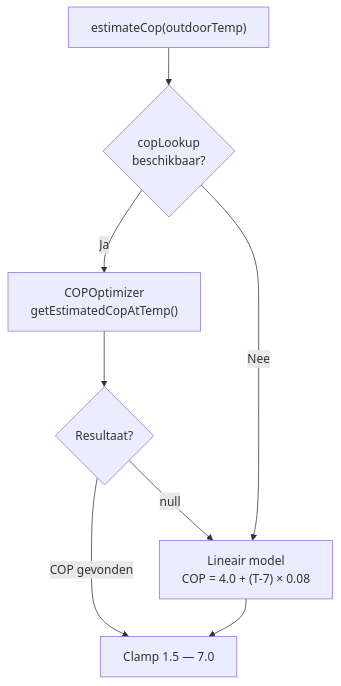
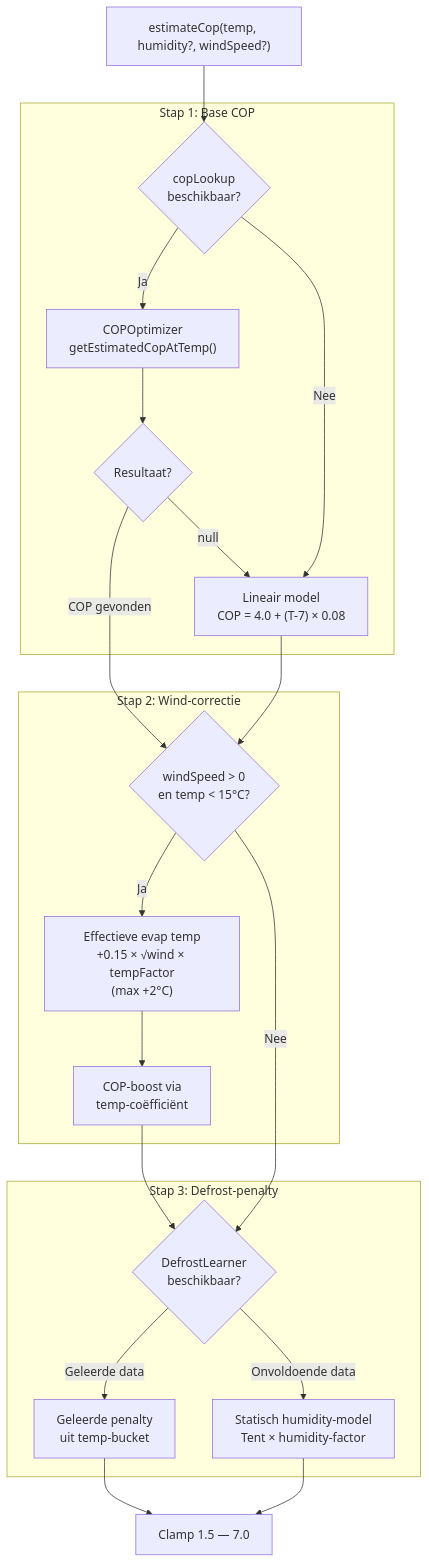
Before and after one commit to hhi/org.hhi.adlar-heatpump: the third of 4 diagrams in docs/architecture/WEATHER_FORECAST.md, drawn with Mermaid. The commit also changed other lines of this file and 11 other files, not shown here.

First line of the commit message:
v2.9.0: Defrost learning and COP-correction forecasting

````diff
--- a/docs/architecture/WEATHER_FORECAST.md
+++ b/docs/architecture/WEATHER_FORECAST.md
@@ -71,10 +77,38 @@
 ```mermaid
 flowchart TD
-    IN["estimateCop(outdoorTemp)"] --> LOOKUP{"copLookup\nbeschikbaar?"}
-    LOOKUP -->|Ja| LEARNED["COPOptimizer\ngetEstimatedCopAtTemp()"]
-    LEARNED --> RESULT{Resultaat?}
-    RESULT -->|COP gevonden| CLAMP["Clamp 1.5 — 7.0"]
+    IN["estimateCop(temp, humidity?, windSpeed?)"]
+
+    subgraph Step1["Stap 1: Base COP"]
+        LOOKUP{"copLookup\nbeschikbaar?"}
+        LEARNED["COPOptimizer\ngetEstimatedCopAtTemp()"]
+        RESULT{Resultaat?}
+        FALLBACK["Lineair model\nCOP = 4.0 + (T-7) × 0.08"]
+    end
+
+    subgraph Step2["Stap 2: Wind-correctie"]
+        WIND{"windSpeed > 0\nen temp < 15°C?"}
+        EVAP["Effectieve evap temp\n+0.15 × √wind × tempFactor\n(max +2°C)"]
+        WINDCOP["COP-boost via\ntemp-coëfficiënt"]
+    end
+
+    subgraph Step3["Stap 3: Defrost-penalty"]
+        DEFROST{"DefrostLearner\nbeschikbaar?"}
+        DLEARNED["Geleerde penalty\nuit temp-bucket"]
+        DSTATIC["Statisch humidity-model\nTent × humidity-factor"]
+    end
+
+    CLAMP["Clamp 1.5 — 7.0"]
+
+    IN --> LOOKUP
+    LOOKUP -->|Ja| LEARNED --> RESULT
+    RESULT -->|COP gevonden| WIND
     RESULT -->|null| FALLBACK
-    LOOKUP -->|Nee| FALLBACK["Lineair model\nCOP = 4.0 + (T-7) × 0.08"]
-    FALLBACK --> CLAMP
+    LOOKUP -->|Nee| FALLBACK
+    FALLBACK --> WIND
+
+    WIND -->|Ja| EVAP --> WINDCOP --> DEFROST
+    WIND -->|Nee| DEFROST
+
+    DEFROST -->|Geleerde data| DLEARNED --> CLAMP
+    DEFROST -->|Onvoldoende data| DSTATIC --> CLAMP
 ```
````
